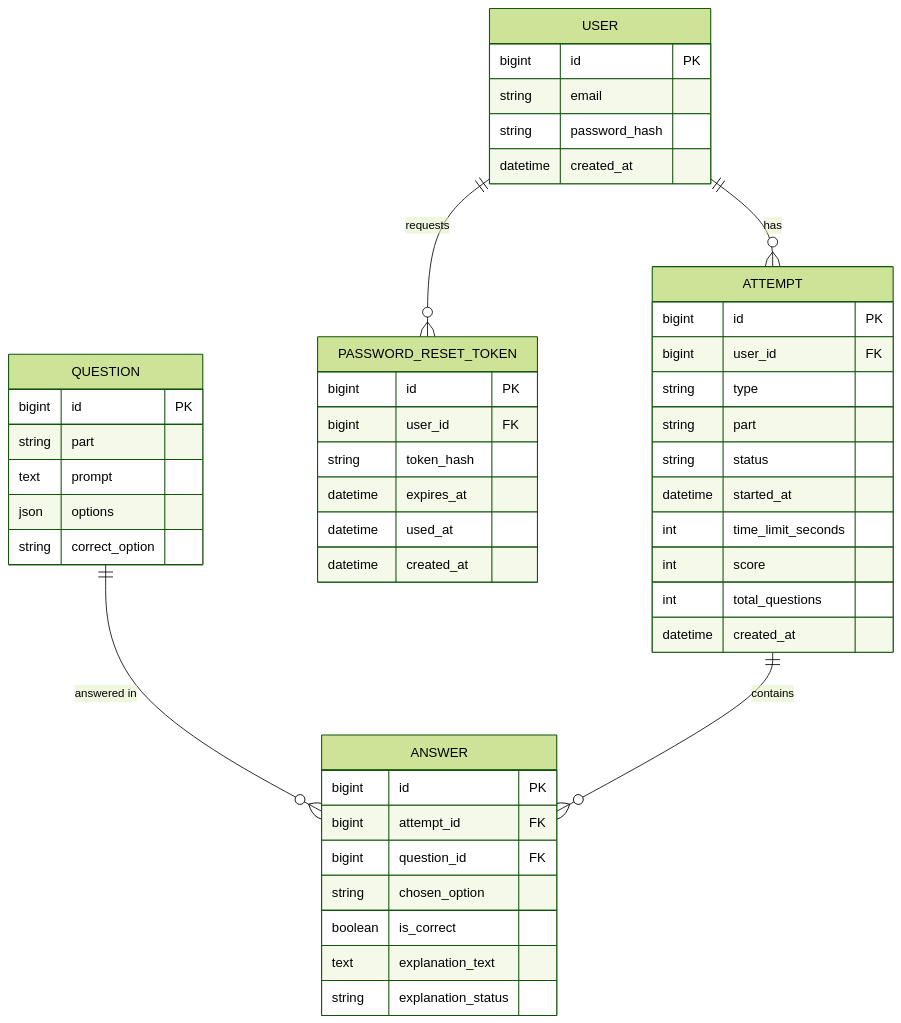
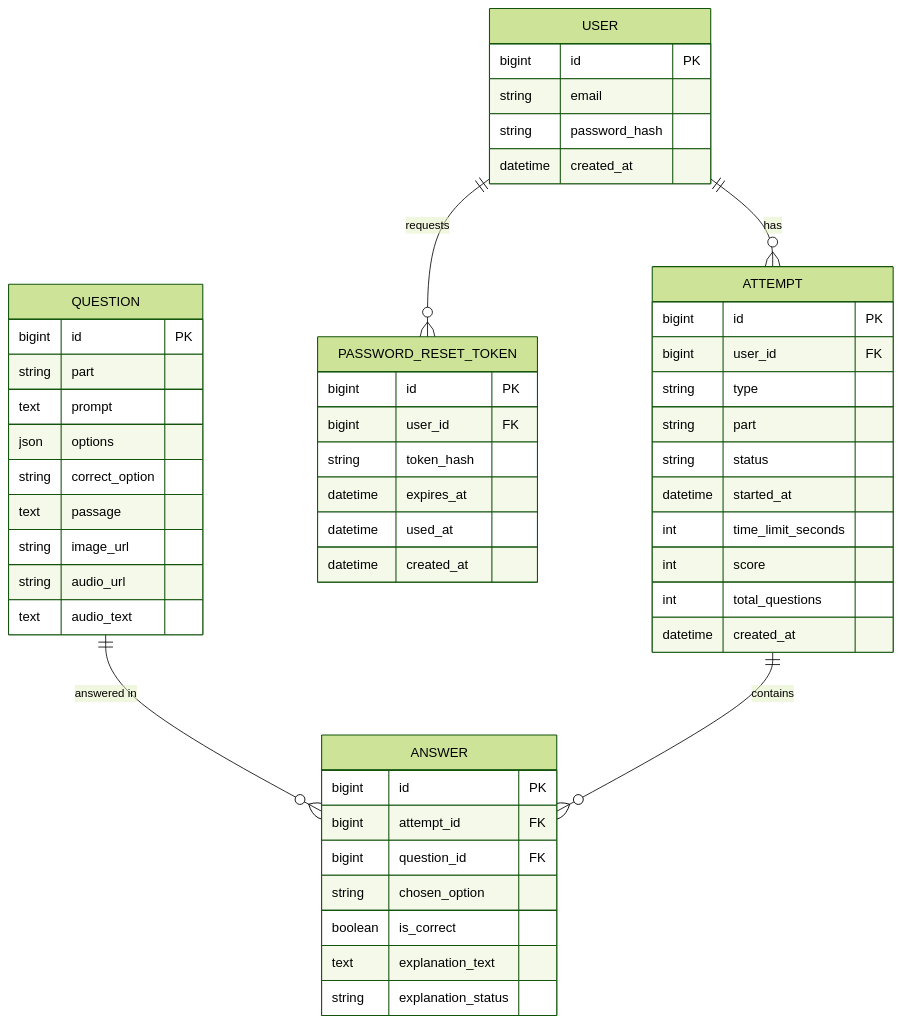
The diagram in chapter-05-ai-for-software-design-architecture/design/data-model.mmd (Thuyan7/EngCoach.), drawn with Mermaid (forest theme) before and after one commit.

Commit message:
docs(database): align Question entity diagram with media fields

```diff
--- a/chapter-05-ai-for-software-design-architecture/design/data-model.mmd
+++ b/chapter-05-ai-for-software-design-architecture/design/data-model.mmd
@@ -1,48 +1,52 @@
 erDiagram
     USER ||--o{ ATTEMPT : has
     USER ||--o{ PASSWORD_RESET_TOKEN : requests
     QUESTION ||--o{ ANSWER : "answered in"
     ATTEMPT ||--o{ ANSWER : contains
 
     USER {
         bigint id PK
         string email
         string password_hash
         datetime created_at
     }
     PASSWORD_RESET_TOKEN {
         bigint id PK
         bigint user_id FK
         string token_hash
         datetime expires_at
         datetime used_at
         datetime created_at
     }
     QUESTION {
         bigint id PK
         string part
         text prompt
         json options
         string correct_option
+        text passage
+        string image_url
+        string audio_url
+        text audio_text
     }
     ATTEMPT {
         bigint id PK
         bigint user_id FK
         string type
         string part
         string status
         datetime started_at
         int time_limit_seconds
         int score
         int total_questions
         datetime created_at
     }
     ANSWER {
         bigint id PK
         bigint attempt_id FK
         bigint question_id FK
         string chosen_option
         boolean is_correct
         text explanation_text
         string explanation_status
     }
```
